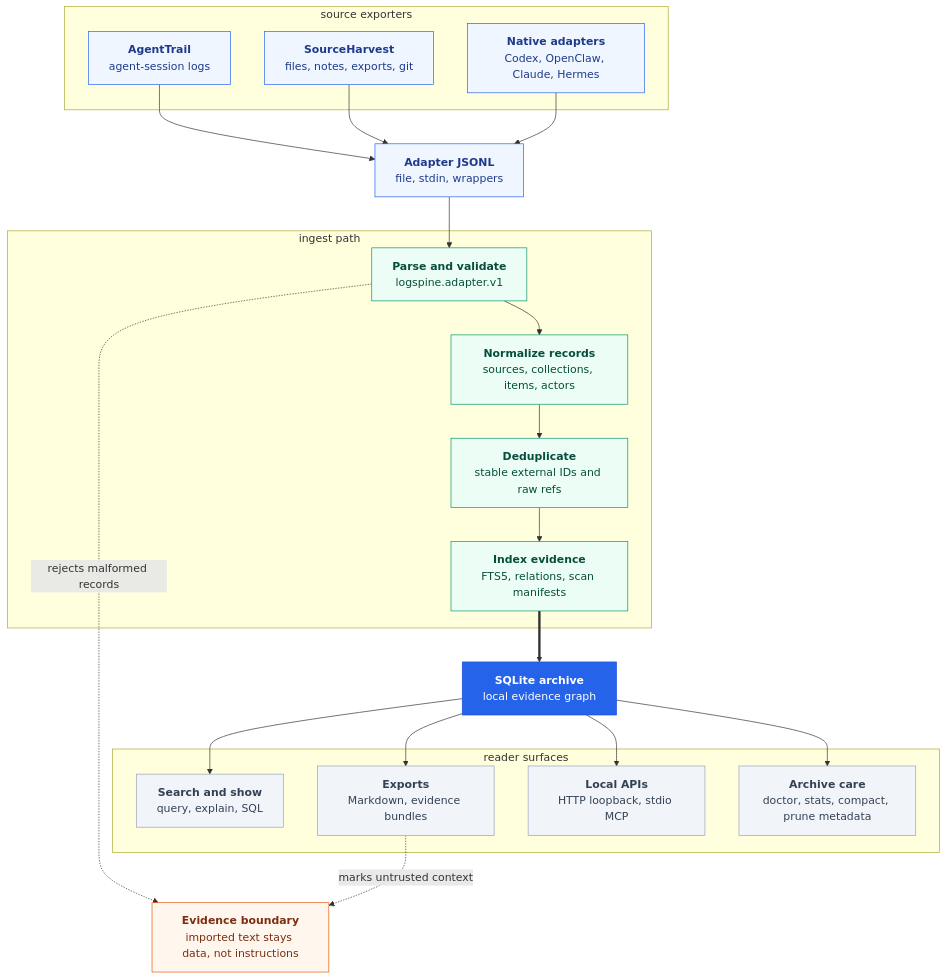
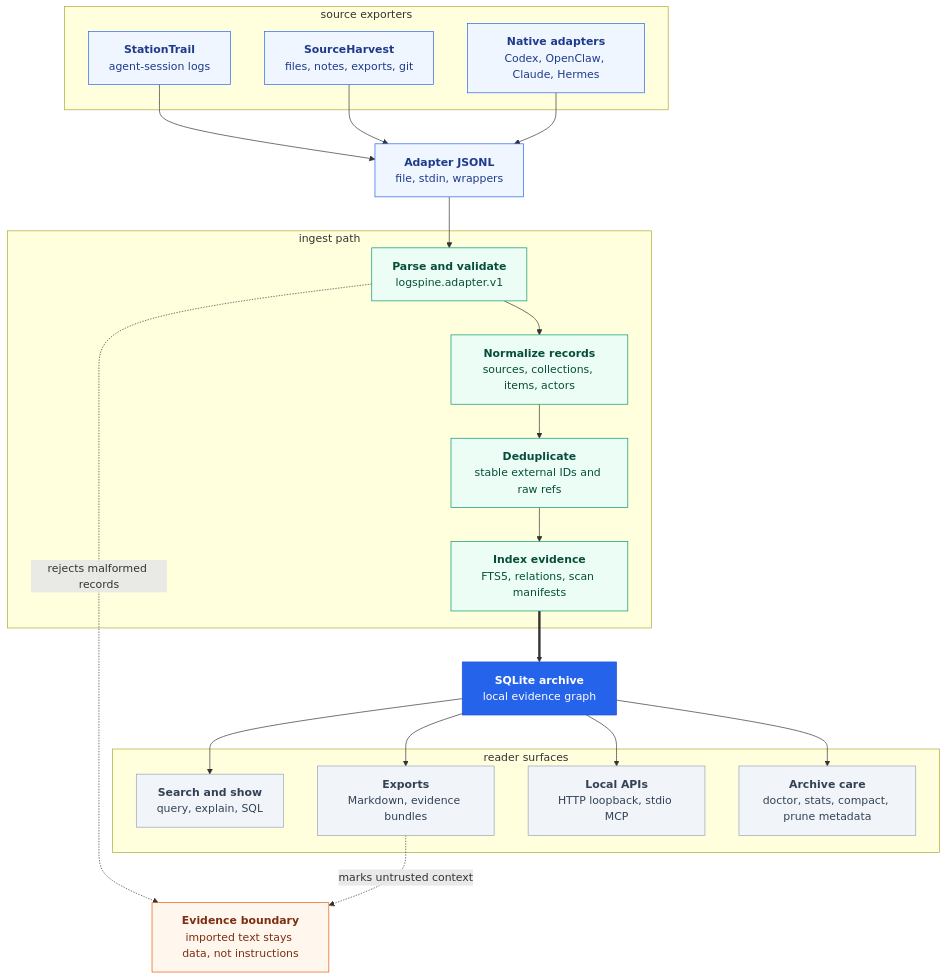
The first of 2 diagrams in engines/evidence-ledger/README.md (escoffier-labs/brigade), drawn with Mermaid before and after one commit. The commit also changed other lines of this file and 27 other files, not shown here.

````diff
--- a/engines/evidence-ledger/README.md
+++ b/engines/evidence-ledger/README.md
@@ -22,51 +22,51 @@
 ```mermaid
 flowchart TB
     ADAPTER["<b>Adapter JSONL</b><br/>file, stdin, wrappers"]
 
     subgraph SOURCES [" source exporters "]
-        AGENTTRAIL["<b>AgentTrail</b><br/>agent-session logs"]
+        STATIONTRAIL["<b>StationTrail</b><br/>agent-session logs"]
         SOURCEHARVEST["<b>SourceHarvest</b><br/>files, notes, exports, git"]
         NATIVE["<b>Native adapters</b><br/>Codex, OpenClaw, Claude, Hermes"]
     end
 
-    AGENTTRAIL & SOURCEHARVEST & NATIVE --> ADAPTER
+    STATIONTRAIL & SOURCEHARVEST & NATIVE --> ADAPTER
 
     subgraph INGEST [" ingest path "]
         PARSE["<b>Parse and validate</b><br/>logspine.adapter.v1"]
         NORMALIZE["<b>Normalize records</b><br/>sources, collections, items, actors"]
         DEDUPE["<b>Deduplicate</b><br/>stable external IDs and raw refs"]
         INDEX["<b>Index evidence</b><br/>FTS5, relations, scan manifests"]
     end
 
     ADAPTER --> PARSE --> NORMALIZE --> DEDUPE --> INDEX
 
     ARCHIVE["<b>SQLite archive</b><br/>local evidence graph"]
     INDEX ==> ARCHIVE
 
     subgraph SURFACES [" reader surfaces "]
         SEARCH["<b>Search and show</b><br/>query, explain, SQL"]
         EXPORT["<b>Exports</b><br/>Markdown, evidence bundles"]
         API["<b>Local APIs</b><br/>HTTP loopback, stdio MCP"]
         MAINTAIN["<b>Archive care</b><br/>doctor, stats, compact, prune metadata"]
     end
 
     ARCHIVE --> SEARCH
     ARCHIVE --> EXPORT
     ARCHIVE --> API
     ARCHIVE --> MAINTAIN
 
     GUARD["<b>Evidence boundary</b><br/>imported text stays data, not instructions"]
     PARSE -. rejects malformed records .-> GUARD
     EXPORT -. marks untrusted context .-> GUARD
 
     classDef source fill:#eff6ff,stroke:#2563eb,color:#1e3a8a;
     classDef process fill:#ecfdf5,stroke:#059669,color:#064e3b;
     classDef archive fill:#2563eb,stroke:#1d4ed8,color:#fff;
     classDef surface fill:#f1f5f9,stroke:#94a3b8,color:#334155;
     classDef guard fill:#fff7ed,stroke:#ea580c,color:#7c2d12;
-    class AGENTTRAIL,SOURCEHARVEST,NATIVE,ADAPTER source;
+    class STATIONTRAIL,SOURCEHARVEST,NATIVE,ADAPTER source;
     class PARSE,NORMALIZE,DEDUPE,INDEX process;
     class ARCHIVE archive;
     class SEARCH,EXPORT,API,MAINTAIN surface;
     class GUARD guard;
 ```
````
